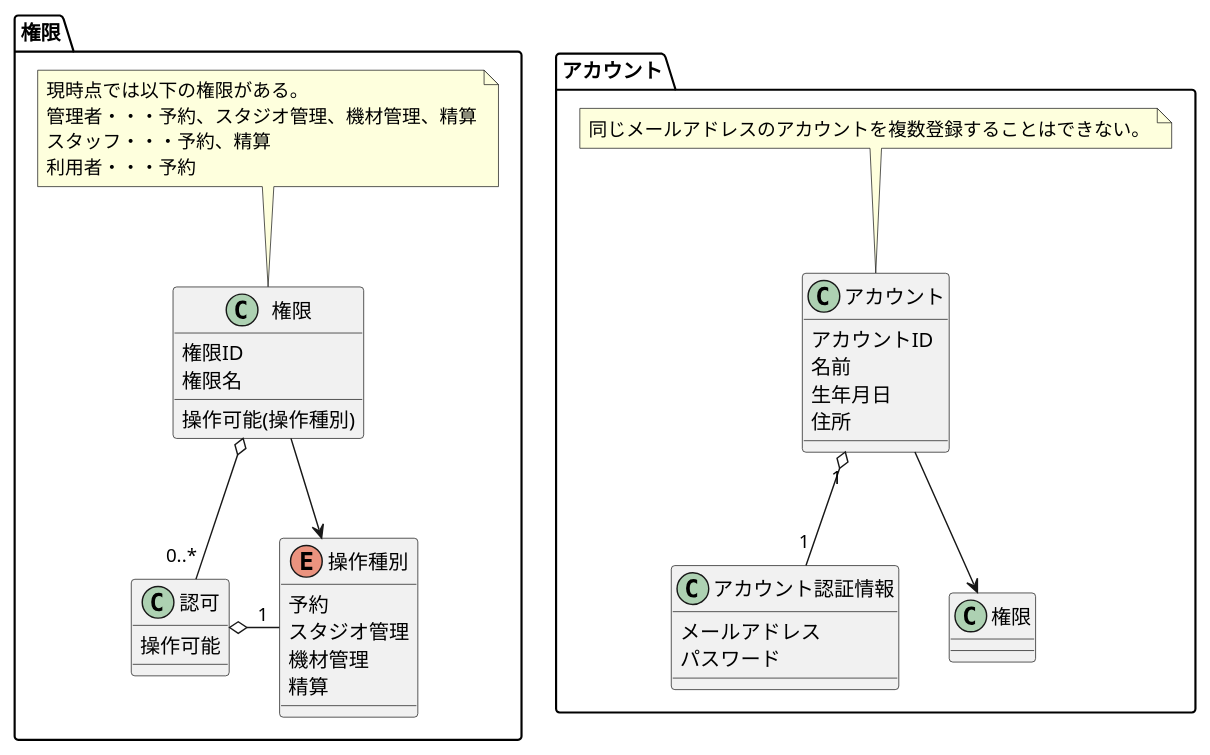
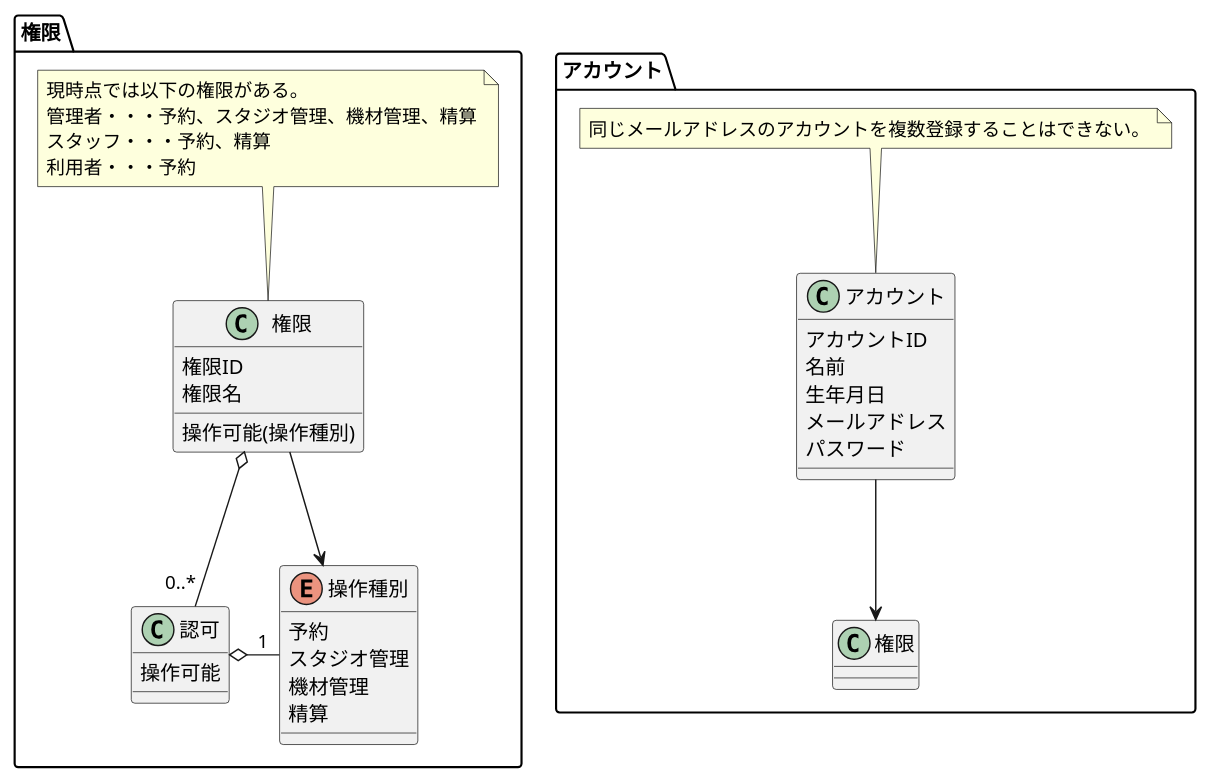
The diagram in modeling/07_DomainModel_認証.pu (TakashiOnawa/ddd-practice-studio-reservation), drawn with PlantUML before and after one commit. The commit also changed 42 other files, not shown here.

```diff
--- a/modeling/07_DomainModel_認証.pu
+++ b/modeling/07_DomainModel_認証.pu
@@ -1,54 +1,49 @@
 @startuml DomainModel
 
 package アカウント {
     class アカウント {
         アカウントID
         名前
         生年月日
-        住所
-    }
-
-    class アカウント認証情報 {
         メールアドレス
         パスワード
     }
 
-    アカウント "1" o-- "1" アカウント認証情報
     アカウント --> 権限
 
     note top of アカウント
     同じメールアドレスのアカウントを複数登録することはできない。
     end note
 }
 
 package 権限 {
     class 権限 {
         権限ID
         権限名
         操作可能(操作種別)
     }
 
     class 認可 {
         操作可能
     }
 
     enum 操作種別 {
         予約
         スタジオ管理
         機材管理
         精算
     }
 
     権限 o-- "0..*" 認可
     認可 o- "1" 操作種別
     権限 --> 操作種別
 
     note top of 権限
     現時点では以下の権限がある。
     管理者・・・予約、スタジオ管理、機材管理、精算
     スタッフ・・・予約、精算
     利用者・・・予約
     end note
 }
 
 @enduml
```
